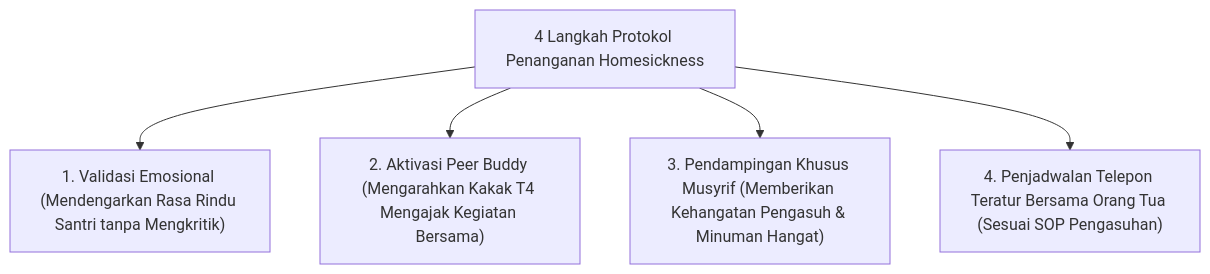
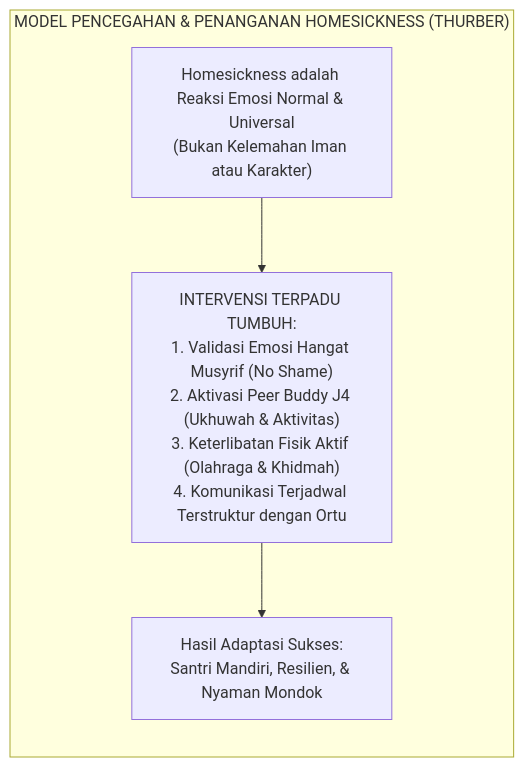
Before and after one commit to wandiapriliyandi/tumbuh: the first of 2 diagrams in 08 Integrated Approaches/03 Mentoring/P8-03-03-Protokol-Pendampingan-Homesickness-dan-Adaptasi.md, drawn with Mermaid. The commit also changed other lines of this file and 3 other files, not shown here.

````diff
--- a/08 Integrated Approaches/03 Mentoring/P8-03-03-Protokol-Pendampingan-Homesickness-dan-Adaptasi.md
+++ b/08 Integrated Approaches/03 Mentoring/P8-03-03-Protokol-Pendampingan-Homesickness-dan-Adaptasi.md
@@ -14,8 +28,7 @@
 ```mermaid
-graph TD
-    HomesickProtocol["4 Langkah Protokol Penanganan Homesickness"]
-    HomesickProtocol --> WarmValidation["1. Validasi Emosional (Mendengarkan Rasa Rindu Santri tanpa Mengkritik)"]
-    HomesickProtocol --> PeerComfort["2. Aktivasi Peer Buddy (Mengarahkan Kakak T4 Mengajak Kegiatan Bersama)"]
-    HomesickProtocol --> MusyrifCare["3. Pendampingan Khusus Musyrif (Memberikan Kehangatan Pengasuh & Minuman Hangat)"]
-    HomesickProtocol --> ScheduledCall["4. Penjadwalan Telepon Teratur Bersama Orang Tua (Sesuai SOP Pengasuhan)"]
+flowchart LR
+    subgraph ThurberModel["MODEL PENCEGAHAN & PENANGANAN HOMESICKNESS (THURBER)"]
+        Normal["Homesickness adalah Reaksi Emosi Normal & Universal<br/>(Bukan Kelemahan Iman atau Karakter)"] --> Interventions["INTERVENSI TERPADU TUMBUH:<br/>1. Validasi Emosi Hangat Musyrif (No Shame)<br/>2. Aktivasi Peer Buddy J4 (Ukhuwah & Aktivitas)<br/>3. Keterlibatan Fisik Aktif (Olahraga & Khidmah)<br/>4. Komunikasi Terjadwal Terstruktur dengan Ortu"]
+        Interventions --> Adaptation["Hasil Adaptasi Sukses:<br/>Santri Mandiri, Resilien, & Nyaman Mondok"]
+    end
 ```
````
